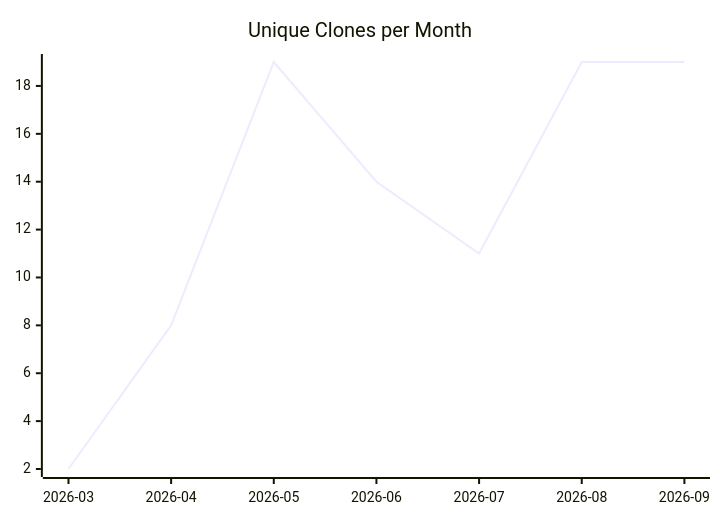
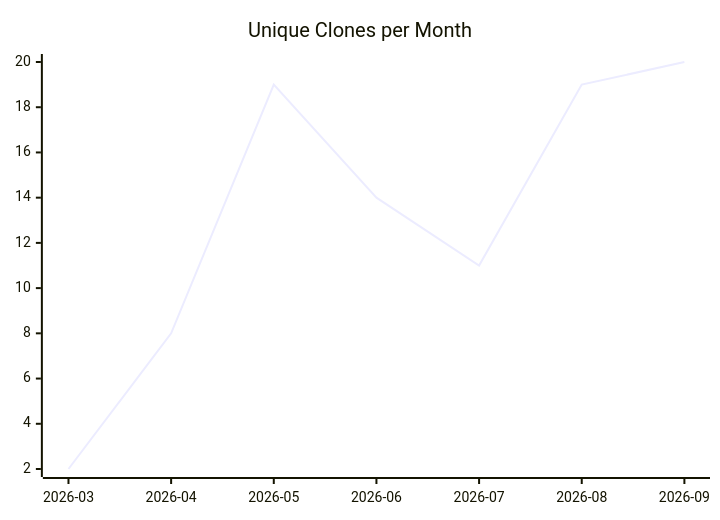
The third of 3 diagrams in karlmdavis/rps-tourney/README.md (justdavis-family/github-analytics-data), drawn with Mermaid before and after one commit. The commit also changed other lines of this file and 193 other files, not shown here.

````diff
--- a/karlmdavis/rps-tourney/README.md
+++ b/karlmdavis/rps-tourney/README.md
@@ -19,6 +19,6 @@
 ```mermaid
 xychart-beta
   title "Unique Clones per Month"
   x-axis ["2026-03", "2026-04", "2026-05", "2026-06", "2026-07", "2026-08", "2026-09"]
-  line [2, 8, 19, 14, 11, 19, 19]
+  line [2, 8, 19, 14, 11, 19, 20]
 ```
````
